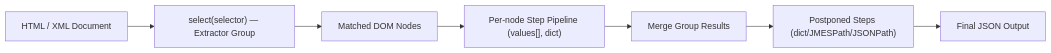
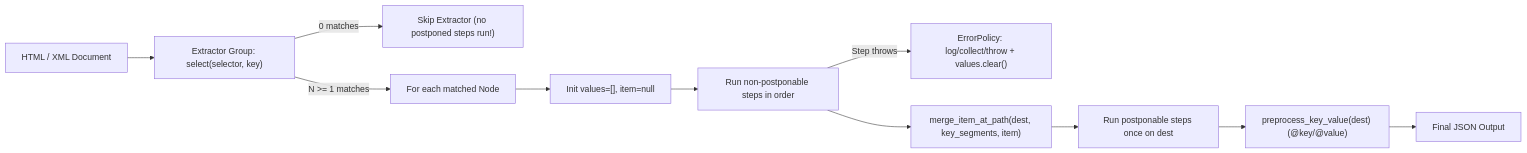
The diagram in docs/dsl-and-steps.md (MateusGPe/xsel2), drawn with Mermaid before and after one commit. The commit also changed other lines of this file and 1 other file, not shown here.

Commit message:
docs: update dsl reference and manual with complete grammar, aliases, and 100 steps

````diff
--- a/docs/dsl-and-steps.md
+++ b/docs/dsl-and-steps.md
@@ -85,9 +199,13 @@
 ```mermaid
 flowchart LR
-  HTML["HTML / XML Document"] --> G1["select(selector) — Extractor Group"]
-  G1 --> Nodes["Matched DOM Nodes"]
-  Nodes --> Steps["Per-node Step Pipeline (values[], dict)"]
-  Steps --> Merge["Merge Group Results"]
-  Merge --> Post["Postponed Steps (dict/JMESPath/JSONPath)"]
-  Post --> Out["Final JSON Output"]
+  Doc["HTML / XML Document"] --> Ext["Extractor Group: select(selector, key)"]
+  Ext -->|"0 matches"| Skip["Skip Extractor (no postponed steps run!)"]
+  Ext -->|"N >= 1 matches"| Loop["For each matched Node"]
+  Loop --> State["Init values=[], item=null"]
+  State --> Steps["Run non-postponable steps in order"]
+  Steps -->|"Step throws"| Err["ErrorPolicy: log/collect/throw + values.clear()"]
+  Steps --> Merge["merge_item_at_path(dest, key_segments, item)"]
+  Merge --> Post["Run postponable steps once on dest"]
+  Post --> KV["preprocess_key_value(dest) (@key/@value)"]
+  KV --> Out["Final JSON Output"]
 ```
````
